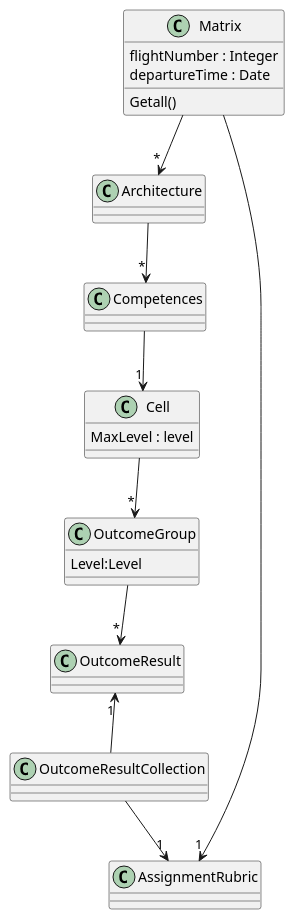
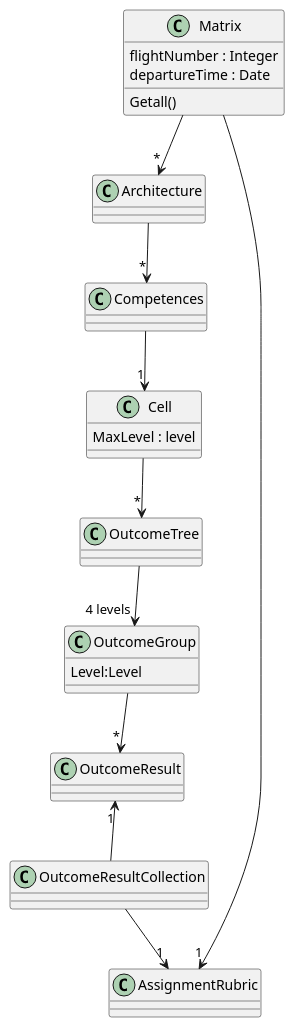
One commit to DennisCoolsDCSoft/CanvasKpi changed the diagram in uml.puml. Above: the diagram before and after it, drawn with PlantUML. The commit also changed 12 other files, not shown here.

```diff
--- a/uml.puml
+++ b/uml.puml
@@ -1,28 +1,29 @@
 @startuml
 class Matrix {
    flightNumber : Integer
    departureTime : Date
    Getall()
 }
 
 class Cell{
 MaxLevel : level
 }
 
 class OutcomeGroup{
 Level:Level
 }
 
 
 Matrix --> "*" Architecture
 
 Architecture --> "*" Competences
 Competences  --> "1" Cell
-Cell --> "*" OutcomeGroup
+Cell --> "*" OutcomeTree
+OutcomeTree --> "4 levels" OutcomeGroup
 OutcomeGroup --> "*" OutcomeResult
 OutcomeResult "1"<-- OutcomeResultCollection
 OutcomeResultCollection --> "1" AssignmentRubric
 
 Matrix --> "1" AssignmentRubric
 
 @enduml
```
